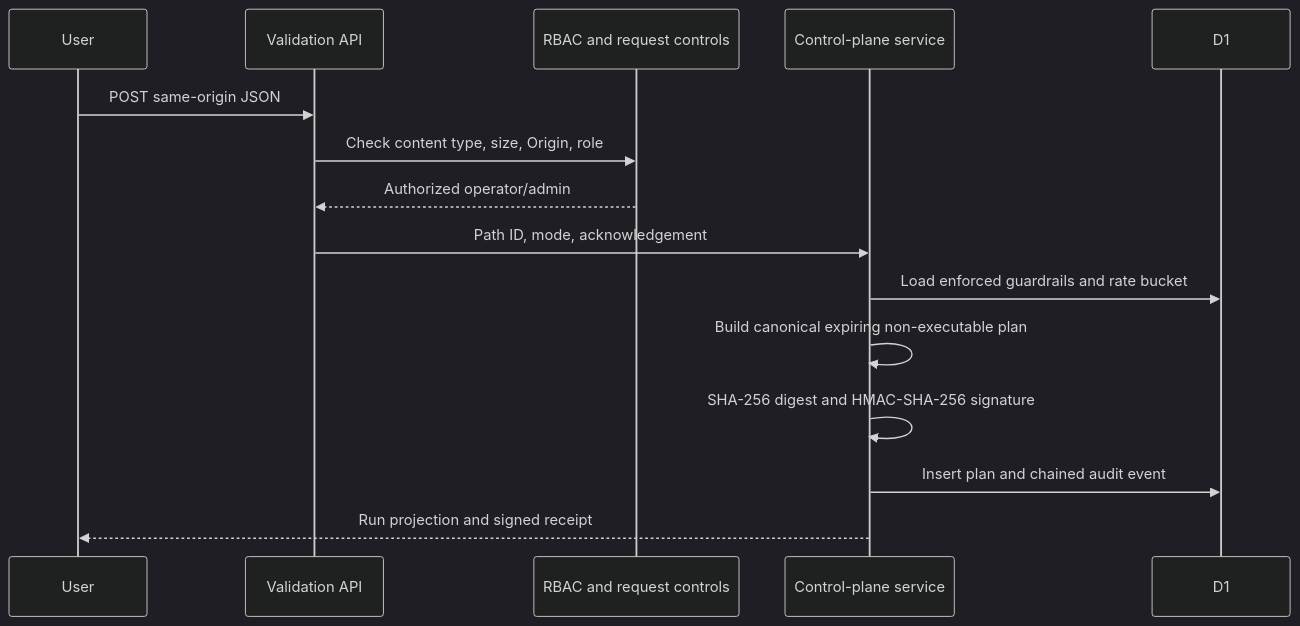
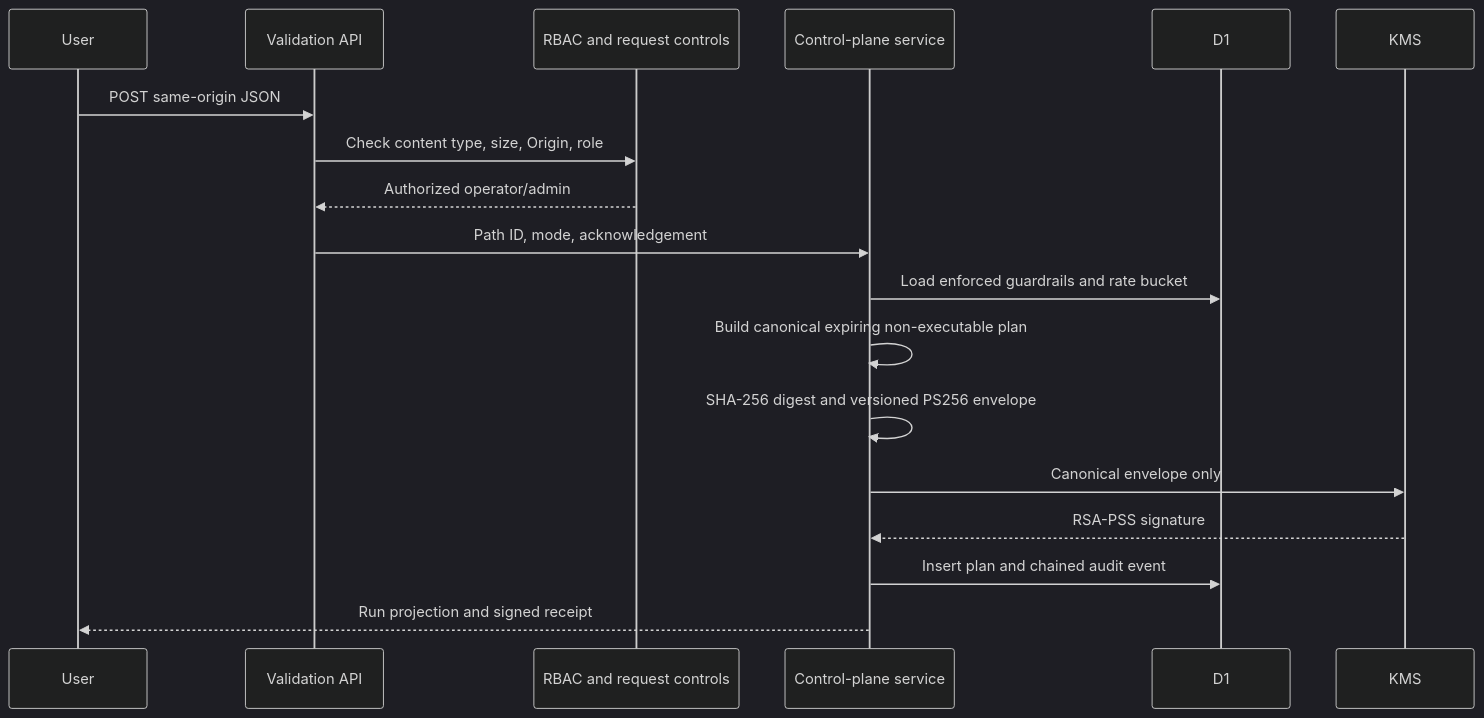
One commit to jaysonguglietta/CloudPen changed the second of 2 diagrams in docs/architecture.md. Above: the diagram before and after it, drawn with Mermaid (dark theme). The commit also changed other lines of this file and 49 other files, not shown here.

````diff
--- a/docs/architecture.md
+++ b/docs/architecture.md
@@ -55,18 +57,20 @@
 ```mermaid
 sequenceDiagram
   participant User
   participant API as Validation API
   participant Auth as RBAC and request controls
   participant CP as Control-plane service
   participant DB as D1
 
   User->>API: POST same-origin JSON
   API->>Auth: Check content type, size, Origin, role
   Auth-->>API: Authorized operator/admin
   API->>CP: Path ID, mode, acknowledgement
   CP->>DB: Load enforced guardrails and rate bucket
   CP->>CP: Build canonical expiring non-executable plan
-  CP->>CP: SHA-256 digest and HMAC-SHA-256 signature
+  CP->>CP: SHA-256 digest and versioned PS256 envelope
+  CP->>KMS: Canonical envelope only
+  KMS-->>CP: RSA-PSS signature
   CP->>DB: Insert plan and chained audit event
   CP-->>User: Run projection and signed receipt
 ```
````
